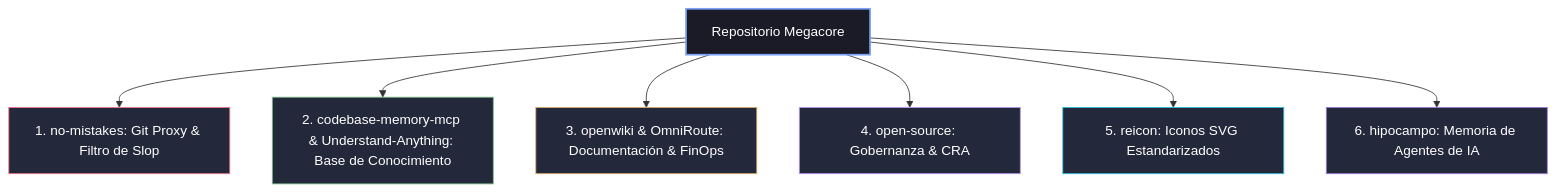
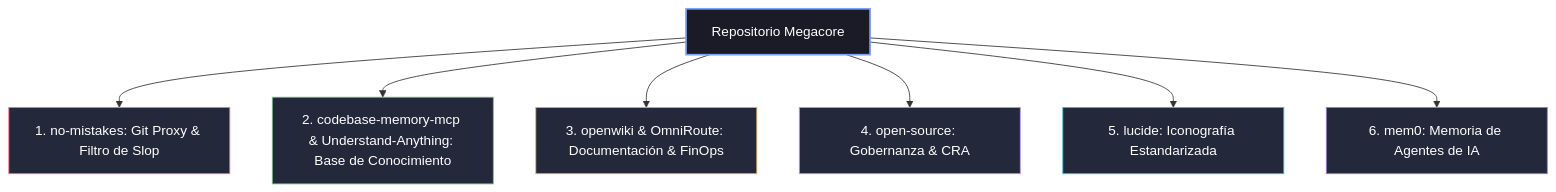
The diagram in README.md (andres20980/everything-claude-code), drawn with Mermaid before and after one commit. The commit also changed other lines of this file and 1 other file, not shown here.

Commit message:
Evolve Megacore standard to 2026: Upgrade to Lucide and Mem0

````diff
--- a/README.md
+++ b/README.md
@@ -11,17 +11,17 @@
 ```mermaid
 flowchart TD
     A[Repositorio Megacore] --> B[1. no-mistakes: Git Proxy & Filtro de Slop]
     A --> C[2. codebase-memory-mcp & Understand-Anything: Base de Conocimiento]
     A --> D[3. openwiki & OmniRoute: Documentación & FinOps]
     A --> E[4. open-source: Gobernanza & CRA]
-    A --> F[5. reicon: Iconos SVG Estandarizados]
-    A --> G[6. hipocampo: Memoria de Agentes de IA]
+    A --> F[5. lucide: Iconografía Estandarizada]
+    A --> G[6. mem0: Memoria de Agentes de IA]
 
     style A fill:#1a1b26,stroke:#7aa2f7,stroke-width:2px,color:#fff
     style B fill:#24283b,stroke:#f7768e,stroke-width:1px,color:#fff
     style C fill:#24283b,stroke:#7abc89,stroke-width:1px,color:#fff
     style D fill:#24283b,stroke:#e0af68,stroke-width:1px,color:#fff
     style E fill:#24283b,stroke:#bb9af7,stroke-width:1px,color:#fff
     style F fill:#24283b,stroke:#2ac3de,stroke-width:1px,color:#fff
     style G fill:#24283b,stroke:#9d7cd8,stroke-width:1px,color:#fff
 ```
````
